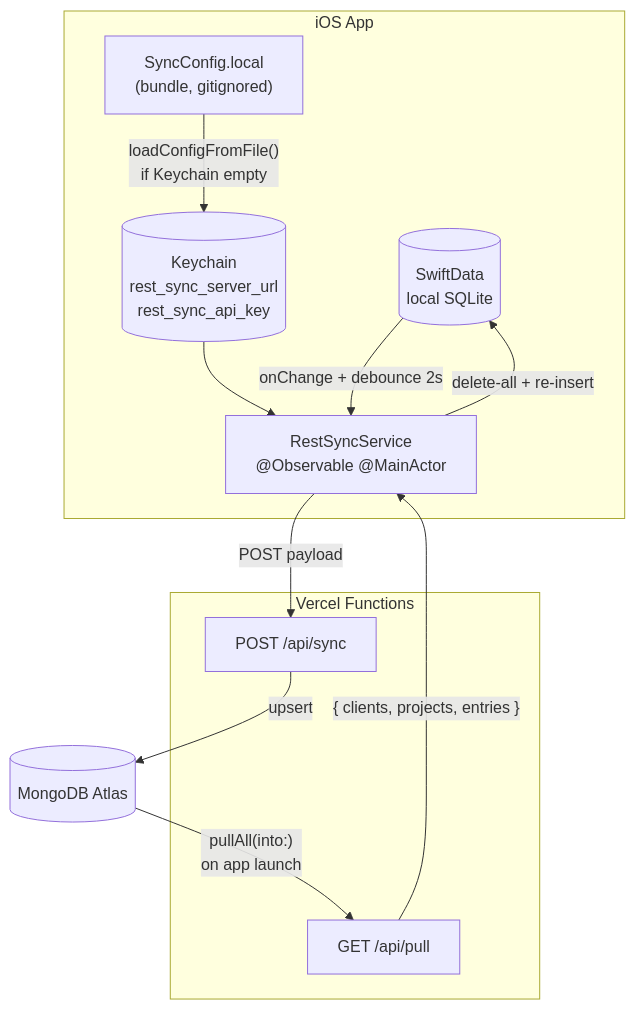
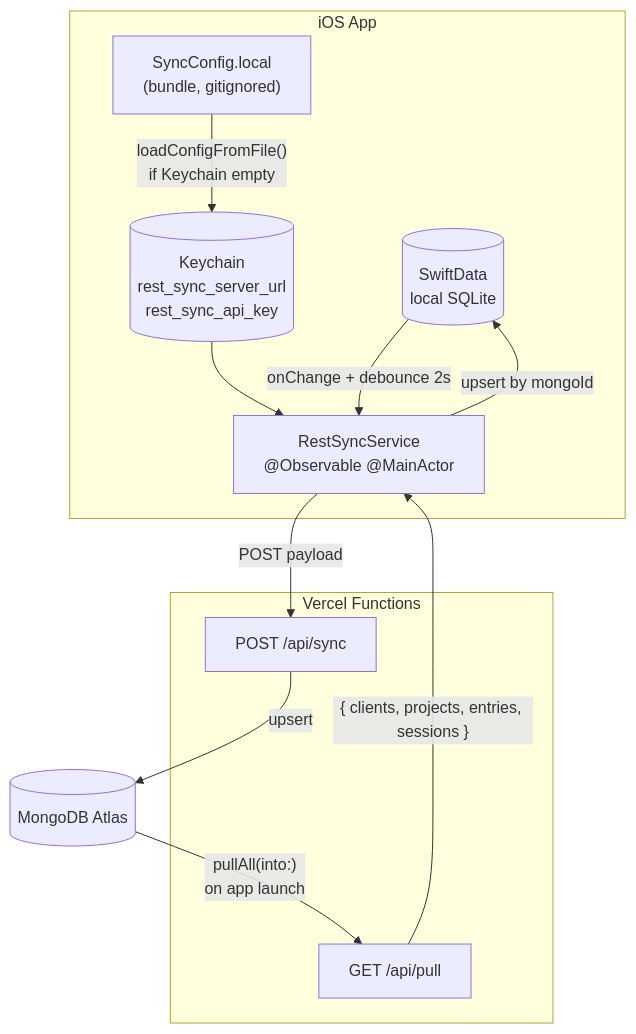
One commit to albertobarrago/timelog changed the first of 2 diagrams in docs/04-mongodb-sync.md. Above: the diagram before and after it, drawn with Mermaid. The commit also changed other lines of this file and 9 other files, not shown here.

````diff
--- a/docs/04-mongodb-sync.md
+++ b/docs/04-mongodb-sync.md
@@ -16,27 +16,27 @@
 ```mermaid
 flowchart TD
     subgraph iOS["iOS App"]
         SD[("SwiftData\nlocal SQLite")]
         KCH[("Keychain\nrest_sync_server_url\nrest_sync_api_key")]
         File["SyncConfig.local\n(bundle, gitignored)"]
         RSS["RestSyncService\n@Observable @MainActor"]
     end
 
     subgraph Vercel["Vercel Functions"]
         Pull["GET /api/pull"]
         Sync["POST /api/sync"]
     end
 
     MDB[("MongoDB Atlas")]
 
     File -->|"loadConfigFromFile()\nif Keychain empty"| KCH
     KCH --> RSS
 
     MDB -->|"pullAll(into:)\non app launch"| Pull
-    Pull -->|"{ clients, projects, entries }"| RSS
-    RSS -->|"delete-all + re-insert"| SD
+    Pull -->|"{ clients, projects, entries, sessions }"| RSS
+    RSS -->|"upsert by mongoId"| SD
 
     SD -->|"onChange + debounce 2s"| RSS
     RSS -->|"POST payload"| Sync
     Sync -->|"upsert"| MDB
 ```
````
